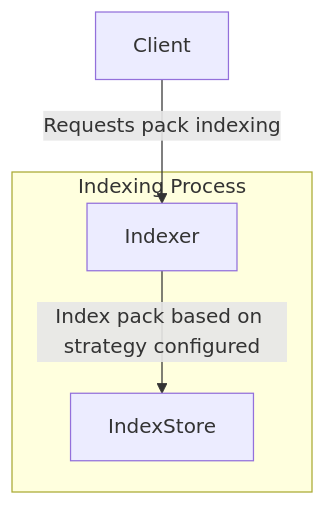
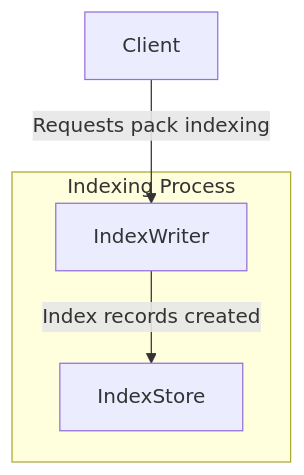
One commit to vasco-santos/hash-stream changed the diagram in specs/index-writer.md. Above: the diagram before and after it, drawn with Mermaid. The commit also changed other lines of this file, not shown here.

Commit message:
fix: move around index implementation details to writer

````diff
--- a/specs/index-writer.md
+++ b/specs/index-writer.md
@@ -169,10 +165,10 @@
 ```mermaid
 graph TD;
-    Client -->|Requests pack indexing| Indexer;
-    Indexer -->|Index pack based on strategy configured| IndexStore;
+    Client -->|Requests pack indexing| IndexWriter;
+    IndexWriter -->|Index records created| IndexStore;
 
     subgraph Indexing Process
-        Indexer
+        IndexWriter
         IndexStore
     end
 ```
````
